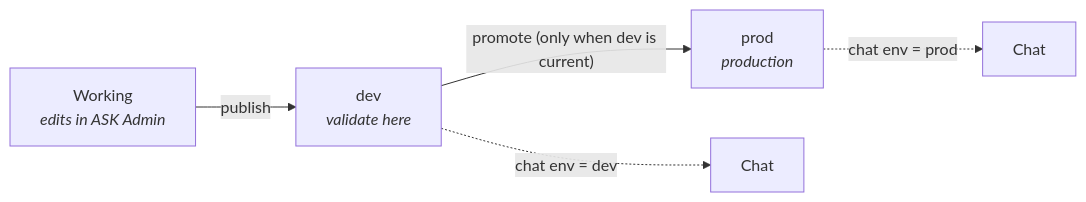
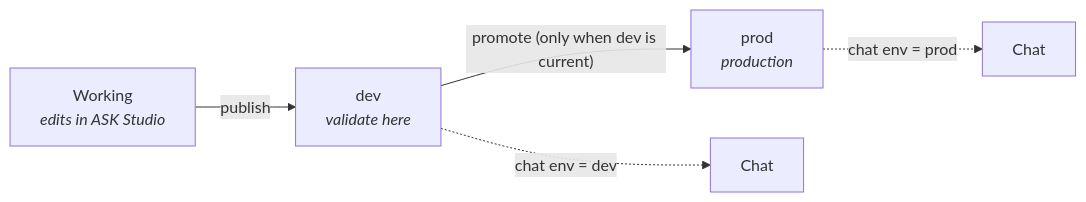
Before and after one commit to Onibex/agentic-semantic-knowledge-ask: the fourth of 6 diagrams in platform/docs/02-concepts.md, drawn with Mermaid. The commit also changed other lines of this file and 23 other files, not shown here.

First line of the commit message:
refactor(docs): the manual calls the interface ASK Studio, like the product does

````diff
--- a/platform/docs/02-concepts.md
+++ b/platform/docs/02-concepts.md
@@ -177,7 +177,7 @@
 ```mermaid
 flowchart LR
-    W["Working<br/><i>edits in ASK Admin</i>"] -->|publish| DEV["dev<br/><i>validate here</i>"]
+    W["Working<br/><i>edits in ASK Studio</i>"] -->|publish| DEV["dev<br/><i>validate here</i>"]
     DEV -->|"promote (only when dev is current)"| PROD["prod<br/><i>production</i>"]
     DEV -.->|"chat env = dev"| CHATD["Chat"]
     PROD -.->|"chat env = prod"| CHATP["Chat"]
 ```
````
